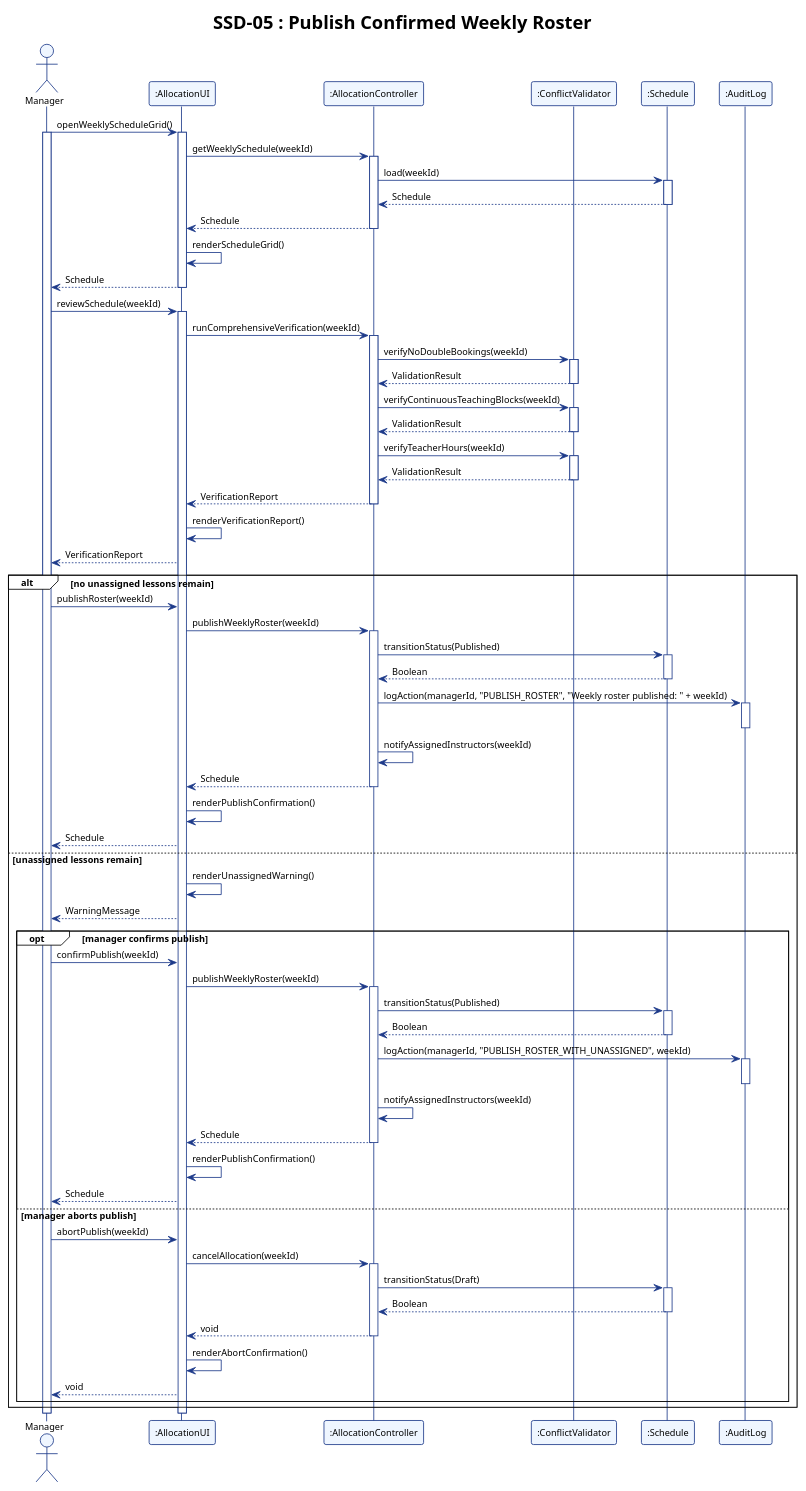
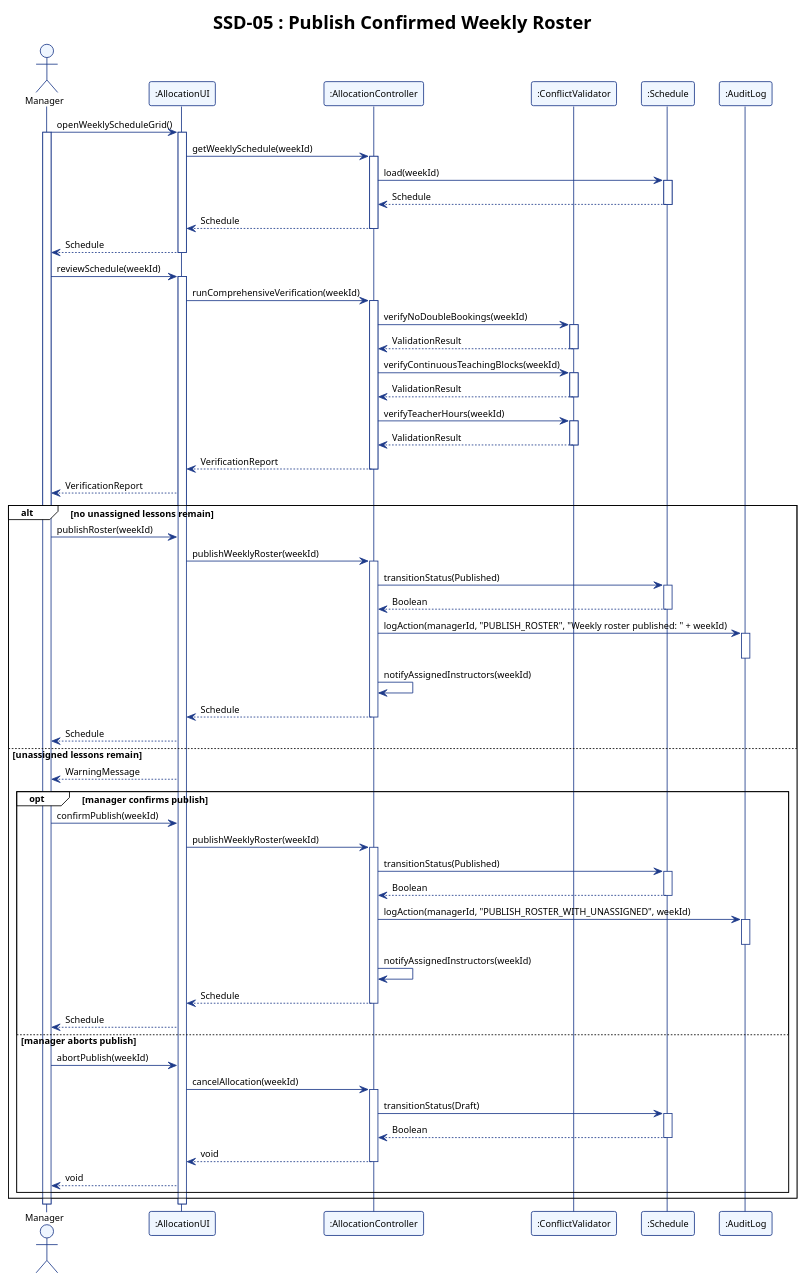
The diagram in report/assets/ssd_05.puml (adoreblvnk/2001temp), drawn with PlantUML before and after one commit. The commit also changed 27 other files, not shown here.

First line of the commit message:
fix(report): streamline sequence diagrams, remove LaTeX, and reformat appendix

```diff
--- a/report/assets/ssd_05.puml
+++ b/report/assets/ssd_05.puml
@@ -1,113 +1,107 @@
 @startuml ssd_05
 !theme plain
 skinparam shadowing false
 skinparam defaultFontName "Helvetica", "Arial", sans-serif
 skinparam defaultFontSize 11
 skinparam sequence {
     ParticipantBorderColor #1E3A8A
     ParticipantBackgroundColor #EFF6FF
     LifeLineBorderColor #1E3A8A
     LifeLineBackgroundColor #FFFFFF
     ArrowColor #1E3A8A
     ActorBorderColor #1E3A8A
     ActorBackgroundColor #EFF6FF
 }
 
 title SSD-05 : Publish Confirmed Weekly Roster
 
 actor Manager
 participant ":AllocationUI" as UI
 participant ":AllocationController" as AC
 participant ":ConflictValidator" as CV
 participant ":Schedule" as S
 participant ":AuditLog" as AL
 
 Manager -> UI : openWeeklyScheduleGrid()
 activate Manager
 activate UI
 UI -> AC : getWeeklySchedule(weekId)
 activate AC
 AC -> S : load(weekId)
 activate S
 S --> AC : Schedule
 deactivate S
 AC --> UI : Schedule
 deactivate AC
-UI -> UI : renderScheduleGrid()
 UI --> Manager : Schedule
 deactivate UI
 
 Manager -> UI : reviewSchedule(weekId)
 activate UI
 UI -> AC : runComprehensiveVerification(weekId)
 activate AC
 AC -> CV : verifyNoDoubleBookings(weekId)
 activate CV
 CV --> AC : ValidationResult
 deactivate CV
 AC -> CV : verifyContinuousTeachingBlocks(weekId)
 activate CV
 CV --> AC : ValidationResult
 deactivate CV
 AC -> CV : verifyTeacherHours(weekId)
 activate CV
 CV --> AC : ValidationResult
 deactivate CV
 AC --> UI : VerificationReport
 deactivate AC
-UI -> UI : renderVerificationReport()
 UI --> Manager : VerificationReport
 
 alt no unassigned lessons remain
     Manager -> UI : publishRoster(weekId)
     UI -> AC : publishWeeklyRoster(weekId)
     activate AC
     AC -> S : transitionStatus(Published)
     activate S
     S --> AC : Boolean
     deactivate S
     AC -> AL : logAction(managerId, "PUBLISH_ROSTER", "Weekly roster published: " + weekId)
     activate AL
     deactivate AL
     AC -> AC : notifyAssignedInstructors(weekId)
     AC --> UI : Schedule
     deactivate AC
-    UI -> UI : renderPublishConfirmation()
     UI --> Manager : Schedule
 else unassigned lessons remain
-    UI -> UI : renderUnassignedWarning()
     UI --> Manager : WarningMessage
     opt manager confirms publish
         Manager -> UI : confirmPublish(weekId)
         UI -> AC : publishWeeklyRoster(weekId)
         activate AC
         AC -> S : transitionStatus(Published)
         activate S
         S --> AC : Boolean
         deactivate S
         AC -> AL : logAction(managerId, "PUBLISH_ROSTER_WITH_UNASSIGNED", weekId)
         activate AL
         deactivate AL
         AC -> AC : notifyAssignedInstructors(weekId)
         AC --> UI : Schedule
         deactivate AC
-        UI -> UI : renderPublishConfirmation()
         UI --> Manager : Schedule
     else manager aborts publish
         Manager -> UI : abortPublish(weekId)
         UI -> AC : cancelAllocation(weekId)
         activate AC
         AC -> S : transitionStatus(Draft)
         activate S
         S --> AC : Boolean
         deactivate S
         AC --> UI : void
         deactivate AC
-        UI -> UI : renderAbortConfirmation()
         UI --> Manager : void
     end
 end
 
 deactivate UI
 deactivate Manager
 @enduml
```
